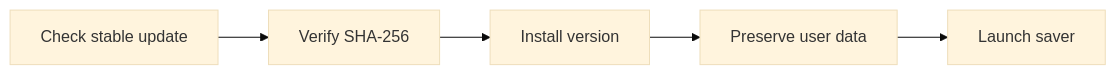
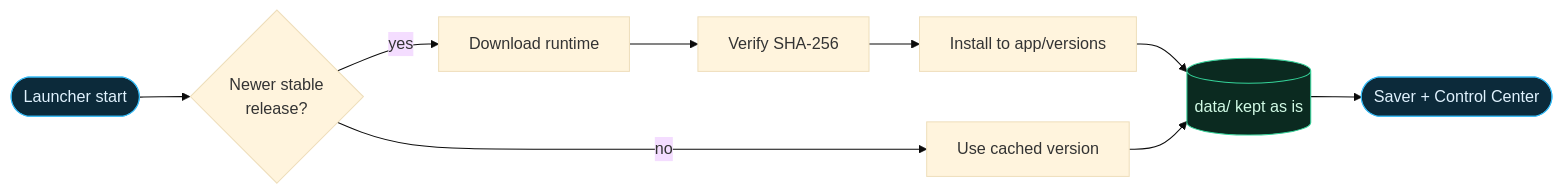
Before and after one commit to arkuzodev/arkuzo-memory-saver: the first of 2 diagrams in README.md, drawn with Mermaid (base theme). The commit also changed other lines of this file and 10 other files, not shown here.

````diff
--- a/README.md
+++ b/README.md
@@ -25,7 +115,15 @@
 ```mermaid
 flowchart LR
-    A[Check stable update] --> B[Verify SHA-256]
-    B --> C[Install version]
-    C --> D[Preserve user data]
-    D --> E[Launch saver]
+    A([Launcher start]) --> B{Newer stable<br>release?}
+    B -- yes --> C[Download runtime]
+    C --> D[Verify SHA-256]
+    D --> E[Install to app/versions]
+    B -- no --> F[Use cached version]
+    E --> G[(data/ kept as is)]
+    F --> G
+    G --> H([Saver + Control Center])
+    classDef accent fill:#0c2a3a,stroke:#38bdf8,color:#e0f2fe
+    classDef ok fill:#0b2a20,stroke:#34d399,color:#d1fae5
+    class A,H accent
+    class G ok
 ```
````
